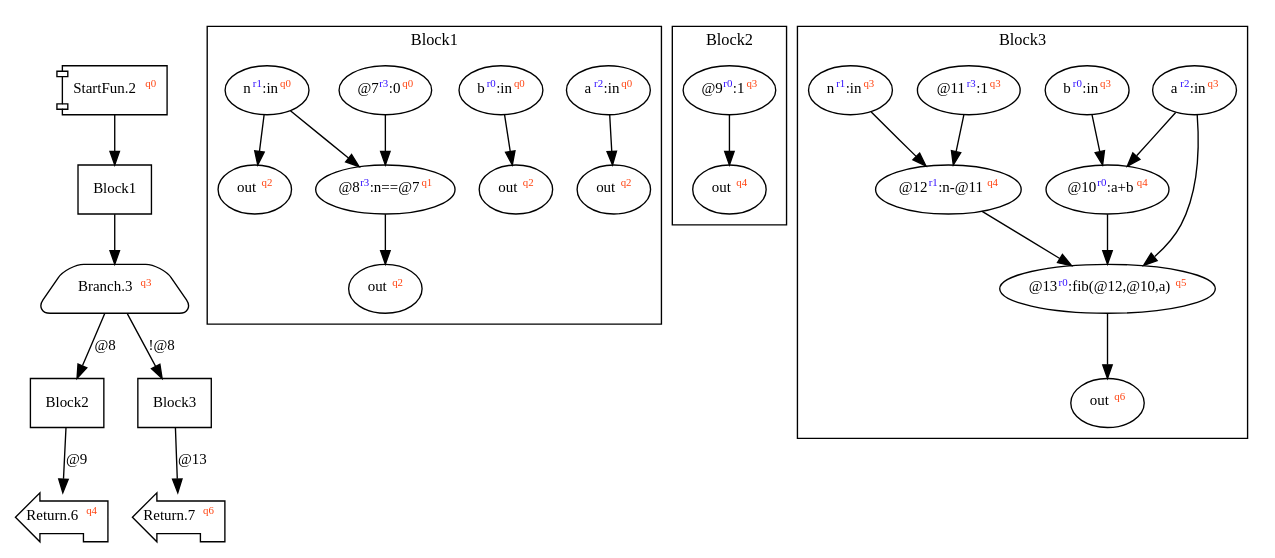
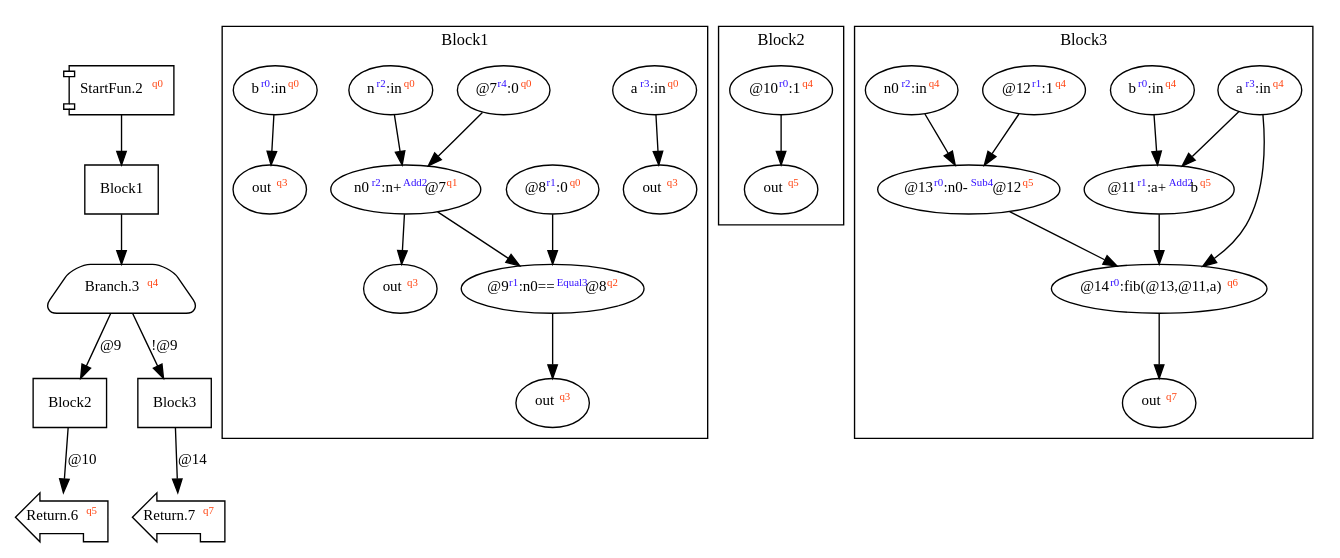
One commit to akouryy/SyntheScala changed the diagram in dist/fib.dot. Above: the diagram before and after it, drawn with Graphviz. The commit also changed 7 other files, not shown here.

```diff
--- a/dist/fib.dot
+++ b/dist/fib.dot
@@ -1,30 +1,30 @@
 digraph Program_ {
 graph [fontname = "Monaco", fontsize = 12, ranksep = 0.5];
 node [shape = box, fontname = "Monaco", fontsize = 11; colorscheme = pastel19];
 edge [fontname = "Monaco", fontsize = 11; colorscheme = pastel19];
 Jump2[label = <StartFun.2<font color="#ff4411" point-size="8"><sup>q0</sup></font>>; shape = component];
 Jump2 -> Block1;
 Jump3[
-  label = <Branch.3<font color="#ff4411" point-size="8"><sup>q3</sup></font>>;
+  label = <Branch.3<font color="#ff4411" point-size="8"><sup>q4</sup></font>>;
   shape = trapezium; style = rounded;
 ];
 Block1 -> Jump3;
-Jump3 -> Block2 [label="@8"];
-Jump3 -> Block3 [label="!@8"];
-Jump6[label = <Return.6<font color="#ff4411" point-size="8"><sup>q4</sup></font>>; shape = lpromoter];
-Block2 -> Jump6 [label="@9"];
-Jump7[label = <Return.7<font color="#ff4411" point-size="8"><sup>q6</sup></font>>; shape = lpromoter];
-Block3 -> Jump7 [label="@13"];
+Jump3 -> Block2 [label="@9"];
+Jump3 -> Block3 [label="!@9"];
+Jump6[label = <Return.6<font color="#ff4411" point-size="8"><sup>q5</sup></font>>; shape = lpromoter];
+Block2 -> Jump6 [label="@10"];
+Jump7[label = <Return.7<font color="#ff4411" point-size="8"><sup>q7</sup></font>>; shape = lpromoter];
+Block3 -> Jump7 [label="@14"];
 Block1 [label = "Block1"];
 Block2 [label = "Block2"];
 Block3 [label = "Block3"];
 subgraph cluster_dfg_Block1{
 node [shape = oval];
 label = "Block1";
-ndBlock1_0 [label=<out<font color="#ff4411" point-size="8"><sup>q2</sup></font>>];ndBlock1_1 [label=<@8<font color="#3311ff" point-size="8"><sup>r3</sup></font>:n==@7<font color="#ff4411" point-size="8"><sup>q1</sup></font>>];ndBlock1_2 [label=<out<font color="#ff4411" point-size="8"><sup>q2</sup></font>>];ndBlock1_3 [label=<a<font color="#3311ff" point-size="8"><sup>r2</sup></font>:in<font color="#ff4411" point-size="8"><sup>q0</sup></font>>];ndBlock1_4 [label=<b<font color="#3311ff" point-size="8"><sup>r0</sup></font>:in<font color="#ff4411" point-size="8"><sup>q0</sup></font>>];ndBlock1_5 [label=<out<font color="#ff4411" point-size="8"><sup>q2</sup></font>>];ndBlock1_6 [label=<out<font color="#ff4411" point-size="8"><sup>q2</sup></font>>];ndBlock1_7 [label=<@7<font color="#3311ff" point-size="8"><sup>r3</sup></font>:0<font color="#ff4411" point-size="8"><sup>q0</sup></font>>];ndBlock1_8 [label=<n<font color="#3311ff" point-size="8"><sup>r1</sup></font>:in<font color="#ff4411" point-size="8"><sup>q0</sup></font>>];ndBlock1_4 -> ndBlock1_2; ndBlock1_7 -> ndBlock1_1; ndBlock1_8 -> ndBlock1_1; ndBlock1_8 -> ndBlock1_5; ndBlock1_3 -> ndBlock1_6; ndBlock1_1 -> ndBlock1_0; }subgraph cluster_dfg_Block2{
+ndBlock1_0 [label=<a<font color="#3311ff" point-size="8"><sup>r3</sup></font>:in<font color="#ff4411" point-size="8"><sup>q0</sup></font>>];ndBlock1_1 [label=<@8<font color="#3311ff" point-size="8"><sup>r1</sup></font>:0<font color="#ff4411" point-size="8"><sup>q0</sup></font>>];ndBlock1_2 [label=<out<font color="#ff4411" point-size="8"><sup>q3</sup></font>>];ndBlock1_3 [label=<@7<font color="#3311ff" point-size="8"><sup>r4</sup></font>:0<font color="#ff4411" point-size="8"><sup>q0</sup></font>>];ndBlock1_4 [label=<out<font color="#ff4411" point-size="8"><sup>q3</sup></font>>];ndBlock1_5 [label=<out<font color="#ff4411" point-size="8"><sup>q3</sup></font>>];ndBlock1_6 [label=<n<font color="#3311ff" point-size="8"><sup>r2</sup></font>:in<font color="#ff4411" point-size="8"><sup>q0</sup></font>>];ndBlock1_7 [label=<@9<font color="#3311ff" point-size="8"><sup>r1</sup></font>:n0==<font color="#3311ff" point-size="8"><sup>Equal3</sup></font>@8<font color="#ff4411" point-size="8"><sup>q2</sup></font>>];ndBlock1_8 [label=<out<font color="#ff4411" point-size="8"><sup>q3</sup></font>>];ndBlock1_9 [label=<b<font color="#3311ff" point-size="8"><sup>r0</sup></font>:in<font color="#ff4411" point-size="8"><sup>q0</sup></font>>];ndBlock1_10 [label=<n0<font color="#3311ff" point-size="8"><sup>r2</sup></font>:n+<font color="#3311ff" point-size="8"><sup>Add2</sup></font>@7<font color="#ff4411" point-size="8"><sup>q1</sup></font>>];ndBlock1_9 -> ndBlock1_8; ndBlock1_10 -> ndBlock1_5; ndBlock1_7 -> ndBlock1_4; ndBlock1_0 -> ndBlock1_2; ndBlock1_3 -> ndBlock1_10; ndBlock1_6 -> ndBlock1_10; ndBlock1_1 -> ndBlock1_7; ndBlock1_10 -> ndBlock1_7; }subgraph cluster_dfg_Block2{
 node [shape = oval];
 label = "Block2";
-ndBlock2_0 [label=<@9<font color="#3311ff" point-size="8"><sup>r0</sup></font>:1<font color="#ff4411" point-size="8"><sup>q3</sup></font>>];ndBlock2_1 [label=<out<font color="#ff4411" point-size="8"><sup>q4</sup></font>>];ndBlock2_0 -> ndBlock2_1; }subgraph cluster_dfg_Block3{
+ndBlock2_0 [label=<@10<font color="#3311ff" point-size="8"><sup>r0</sup></font>:1<font color="#ff4411" point-size="8"><sup>q4</sup></font>>];ndBlock2_1 [label=<out<font color="#ff4411" point-size="8"><sup>q5</sup></font>>];ndBlock2_0 -> ndBlock2_1; }subgraph cluster_dfg_Block3{
 node [shape = oval];
 label = "Block3";
-ndBlock3_0 [label=<a<font color="#3311ff" point-size="8"><sup>r2</sup></font>:in<font color="#ff4411" point-size="8"><sup>q3</sup></font>>];ndBlock3_1 [label=<b<font color="#3311ff" point-size="8"><sup>r0</sup></font>:in<font color="#ff4411" point-size="8"><sup>q3</sup></font>>];ndBlock3_2 [label=<@10<font color="#3311ff" point-size="8"><sup>r0</sup></font>:a+b<font color="#ff4411" point-size="8"><sup>q4</sup></font>>];ndBlock3_3 [label=<out<font color="#ff4411" point-size="8"><sup>q6</sup></font>>];ndBlock3_4 [label=<@11<font color="#3311ff" point-size="8"><sup>r3</sup></font>:1<font color="#ff4411" point-size="8"><sup>q3</sup></font>>];ndBlock3_5 [label=<@12<font color="#3311ff" point-size="8"><sup>r1</sup></font>:n-@11<font color="#ff4411" point-size="8"><sup>q4</sup></font>>];ndBlock3_6 [label=<@13<font color="#3311ff" point-size="8"><sup>r0</sup></font>:fib(@12,@10,a)<font color="#ff4411" point-size="8"><sup>q5</sup></font>>];ndBlock3_7 [label=<n<font color="#3311ff" point-size="8"><sup>r1</sup></font>:in<font color="#ff4411" point-size="8"><sup>q3</sup></font>>];ndBlock3_4 -> ndBlock3_5; ndBlock3_7 -> ndBlock3_5; ndBlock3_0 -> ndBlock3_6; ndBlock3_2 -> ndBlock3_6; ndBlock3_5 -> ndBlock3_6; ndBlock3_0 -> ndBlock3_2; ndBlock3_1 -> ndBlock3_2; ndBlock3_6 -> ndBlock3_3; }}
+ndBlock3_0 [label=<@12<font color="#3311ff" point-size="8"><sup>r1</sup></font>:1<font color="#ff4411" point-size="8"><sup>q4</sup></font>>];ndBlock3_1 [label=<@11<font color="#3311ff" point-size="8"><sup>r1</sup></font>:a+<font color="#3311ff" point-size="8"><sup>Add2</sup></font>b<font color="#ff4411" point-size="8"><sup>q5</sup></font>>];ndBlock3_2 [label=<a<font color="#3311ff" point-size="8"><sup>r3</sup></font>:in<font color="#ff4411" point-size="8"><sup>q4</sup></font>>];ndBlock3_3 [label=<b<font color="#3311ff" point-size="8"><sup>r0</sup></font>:in<font color="#ff4411" point-size="8"><sup>q4</sup></font>>];ndBlock3_4 [label=<out<font color="#ff4411" point-size="8"><sup>q7</sup></font>>];ndBlock3_5 [label=<@13<font color="#3311ff" point-size="8"><sup>r0</sup></font>:n0-<font color="#3311ff" point-size="8"><sup>Sub4</sup></font>@12<font color="#ff4411" point-size="8"><sup>q5</sup></font>>];ndBlock3_6 [label=<n0<font color="#3311ff" point-size="8"><sup>r2</sup></font>:in<font color="#ff4411" point-size="8"><sup>q4</sup></font>>];ndBlock3_7 [label=<@14<font color="#3311ff" point-size="8"><sup>r0</sup></font>:fib(@13,@11,a)<font color="#ff4411" point-size="8"><sup>q6</sup></font>>];ndBlock3_7 -> ndBlock3_4; ndBlock3_1 -> ndBlock3_7; ndBlock3_2 -> ndBlock3_7; ndBlock3_5 -> ndBlock3_7; ndBlock3_2 -> ndBlock3_1; ndBlock3_3 -> ndBlock3_1; ndBlock3_0 -> ndBlock3_5; ndBlock3_6 -> ndBlock3_5; }}
```
